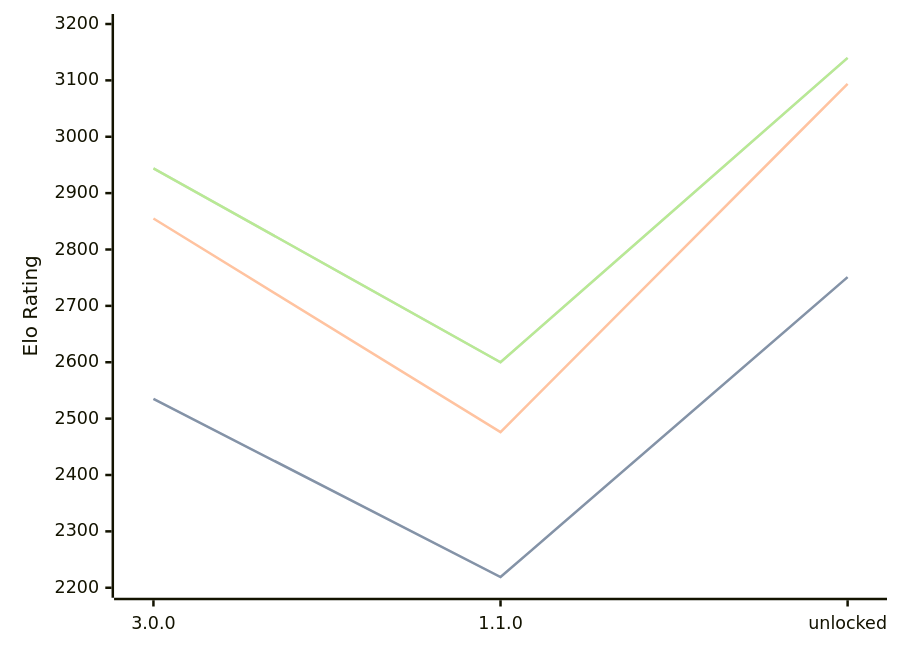
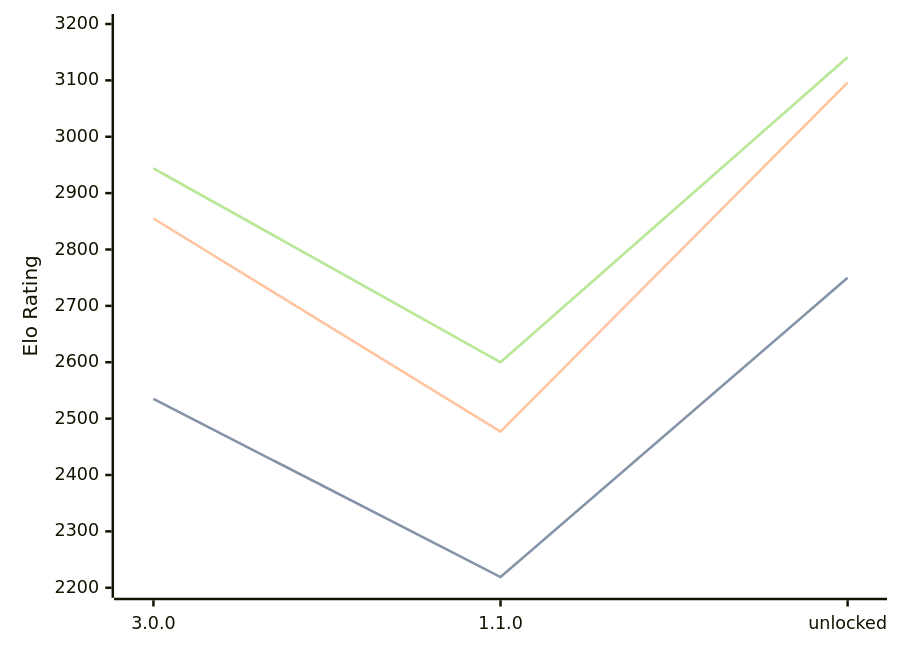
One commit to computer-chess-index/cci changed the diagram in engines/Potential.md. Above: the diagram before and after it, drawn with Mermaid. The commit also changed other lines of this file, not shown here.

Commit message:
Update CCI Ratings (ELO VLTC) - 2026-08-31

````diff
--- a/engines/Potential.md
+++ b/engines/Potential.md
@@ -33,11 +33,11 @@
 ```mermaid
 %%{init: {"theme":"base","themeVariables":{"seriesColors:['#a3a3a3','#222221','#faa371']}}}%%
 xychart-beta
   x-axis ["3.0.0", "1.1.0", "unlocked"]
   y-axis "Elo Rating" 2200 --> 3200
-  line "" [2535, 2219, 2751]
-  line "STC (8.0+0.08s)" [2535, 2219, 2751]
-  line "LTC (60.0+0.60s)" [2855, 2476, 3094]
-  line "" [2944, 2600, 3140]
-  line "VLTC (2m24s+1.12s)" [2944, 2600, 3140]
+  line "" [2535, 2219, 2750]
+  line "STC (8.0+0.08s)" [2535, 2219, 2750]
+  line "LTC (60.0+0.60s)" [2855, 2477, 3096]
+  line "" [2944, 2600, 3141]
+  line "VLTC (2m24s+1.12s)" [2944, 2600, 3141]
 ```
````
